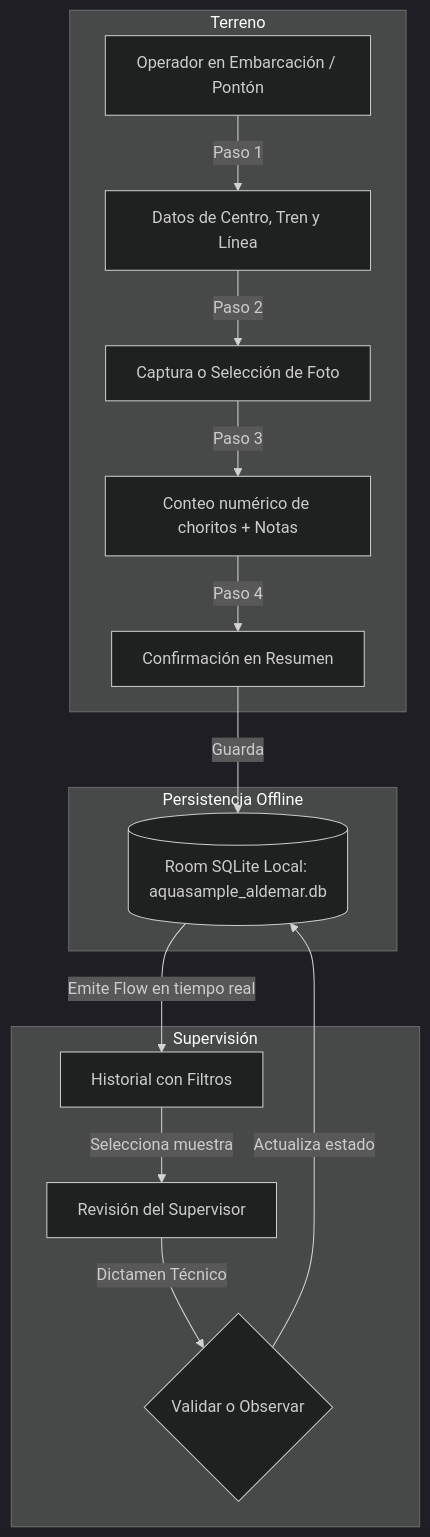
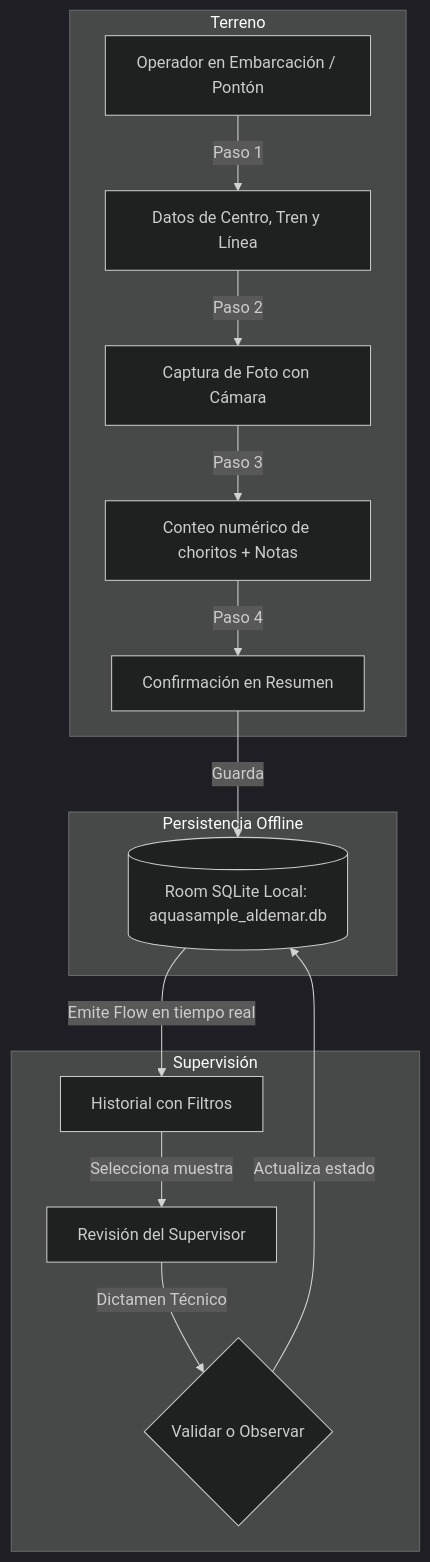
One commit to donMixho/AquaSample changed the diagram in aldemar/README.md. Above: the diagram before and after it, drawn with Mermaid (dark theme). The commit also changed other lines of this file and 4 other files, not shown here.

````diff
--- a/aldemar/README.md
+++ b/aldemar/README.md
@@ -63,20 +63,20 @@
 ```mermaid
 flowchart TD
     subgraph Terreno
         A[Operador en Embarcación / Pontón] -->|Paso 1| B[Datos de Centro, Tren y Línea]
-        B -->|Paso 2| C[Captura o Selección de Foto]
+        B -->|Paso 2| C[Captura de Foto con Cámara]
         C -->|Paso 3| D[Conteo numérico de choritos + Notas]
         D -->|Paso 4| E[Confirmación en Resumen]
     end
 
     subgraph Persistencia Offline
         E -->|Guarda| F[(Room SQLite Local: aquasample_aldemar.db)]
     end
 
     subgraph Supervisión
         F -->|Emite Flow en tiempo real| G[Historial con Filtros]
         G -->|Selecciona muestra| H[Revisión del Supervisor]
         H -->|Dictamen Técnico| I{Validar o Observar}
         I -->|Actualiza estado| F
     end
 ```
````
